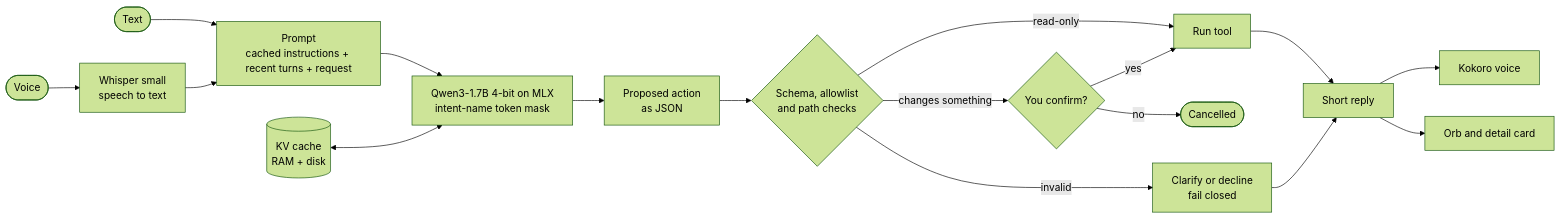
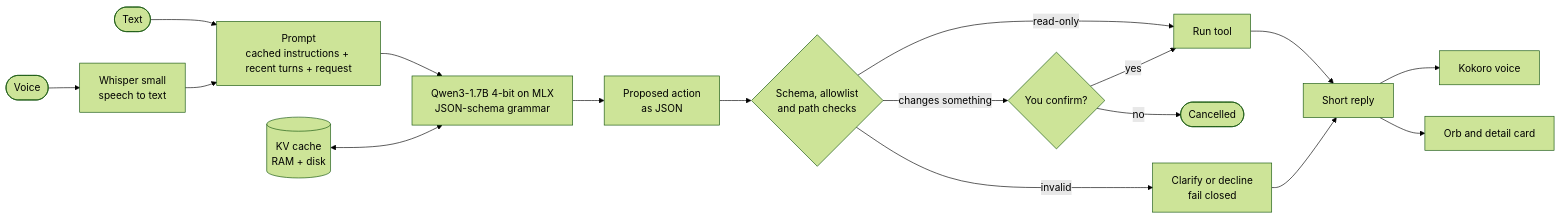
The first of 2 diagrams in README.md (itzreqle/r2), drawn with Mermaid (forest theme) before and after one commit. The commit also changed other lines of this file and 65 other files, not shown here.

````diff
--- a/README.md
+++ b/README.md
@@ -199,19 +276,19 @@
 ```mermaid
 flowchart LR
     mic([Voice]) --> stt["Whisper small<br/>speech to text"]
     kb([Text]) --> prompt
     stt --> prompt["Prompt<br/>cached instructions + recent turns + request"]
-    prompt --> llm["Qwen3-1.7B 4-bit on MLX<br/>intent-name token mask"]
+    prompt --> llm["Qwen3-1.7B 4-bit on MLX<br/>JSON-schema grammar"]
     kv[("KV cache<br/>RAM + disk")] <--> llm
     llm --> json["Proposed action<br/>as JSON"]
     json --> guard{"Schema, allowlist<br/>and path checks"}
     guard -- "read-only" --> tool["Run tool"]
     guard -- "changes something" --> ask{"You confirm?"}
     ask -- yes --> tool
     ask -- no --> stop([Cancelled])
     guard -- "invalid" --> safe["Clarify or decline<br/>fail closed"]
     tool --> reply["Short reply"]
     safe --> reply
     reply --> tts["Kokoro voice"]
     reply --> ui["Orb and detail card"]
 ```
````
